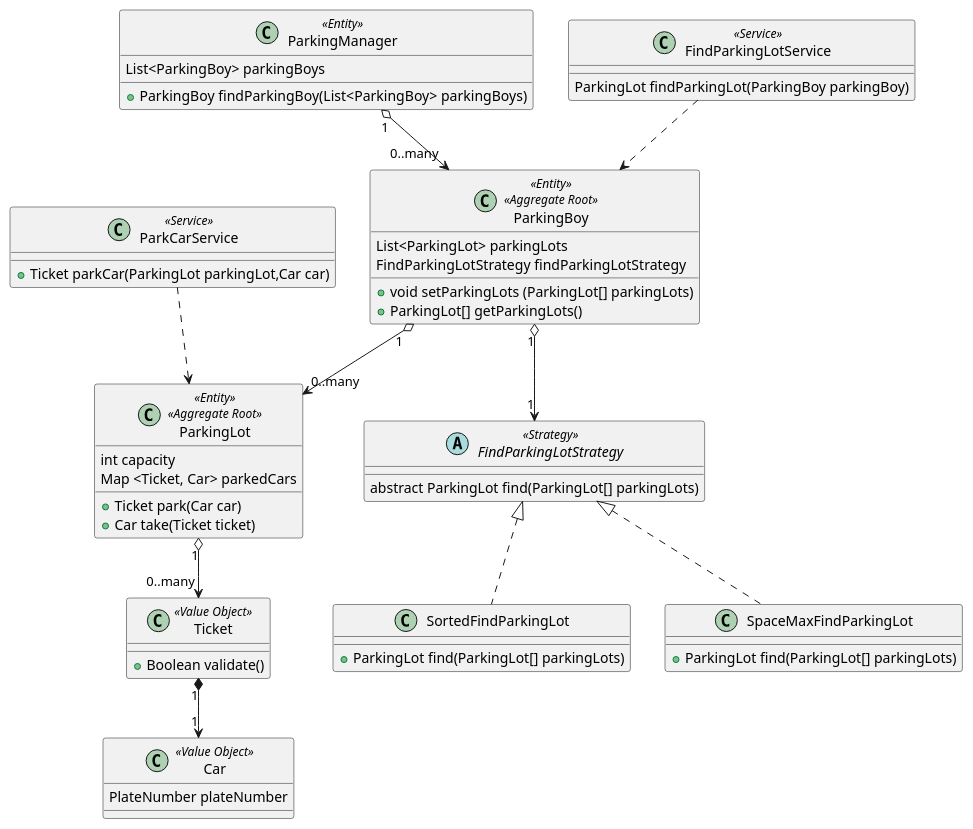
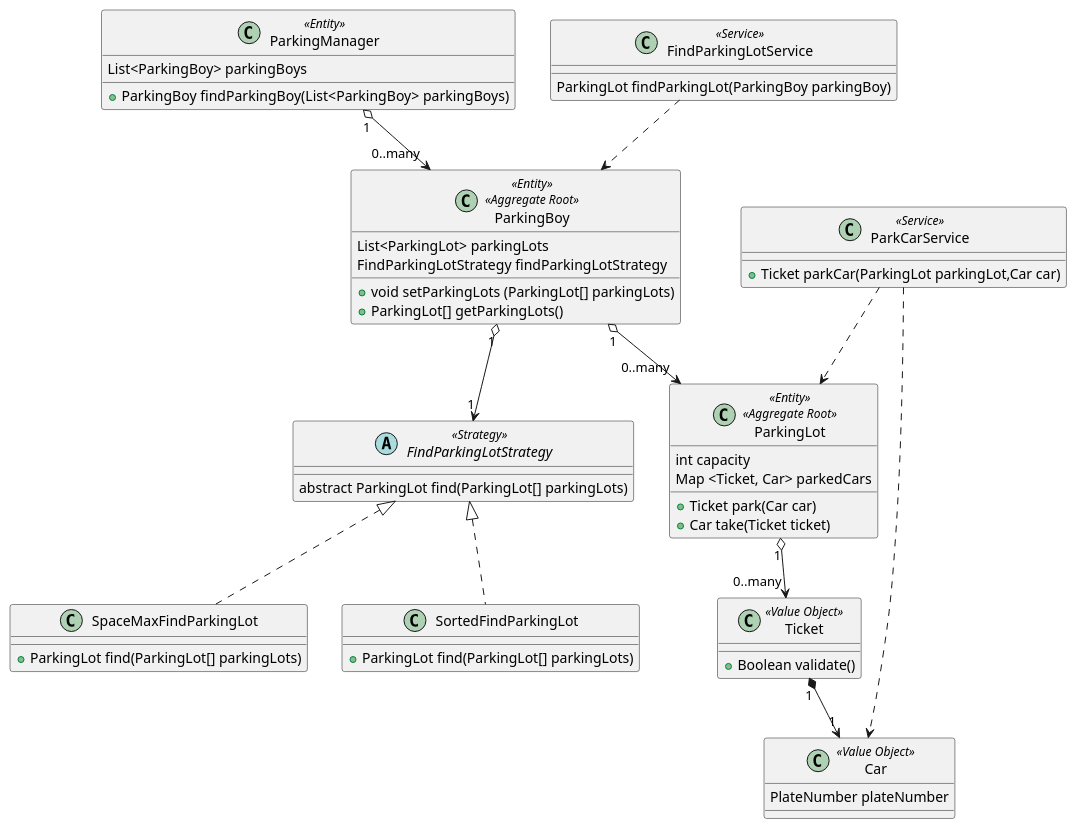
One commit to hanrongMan/ddd changed the diagram in parkingLot.puml. Above: the diagram before and after it, drawn with PlantUML.

Commit message:
update uml

```diff
--- a/parkingLot.puml
+++ b/parkingLot.puml
@@ -1,63 +1,65 @@
 @startuml
 
 
 Class ParkingManager <<Entity>> {
 List<ParkingBoy> parkingBoys
 
 + ParkingBoy findParkingBoy(List<ParkingBoy> parkingBoys)
 }
 
 Class ParkingBoy << Entity >> <<Aggregate Root>> {
   List<ParkingLot> parkingLots
   FindParkingLotStrategy findParkingLotStrategy
 
   + void setParkingLots (ParkingLot[] parkingLots)
   + ParkingLot[] getParkingLots()
 }
 
 class ParkingLot << Entity >> <<Aggregate Root>> {
   int capacity
   Map <Ticket, Car> parkedCars
 
   + Ticket park(Car car)
   + Car take(Ticket ticket)
 }
 
 Class Car << Value Object >> {
     PlateNumber plateNumber
 }
 
 Class Ticket << Value Object >> {
   + Boolean validate()
 }
 
 class FindParkingLotService <<Service>> {
 ParkingLot findParkingLot(ParkingBoy parkingBoy)
 }
 
 class ParkCarService <<Service>> {
 + Ticket parkCar(ParkingLot parkingLot,Car car)
 }
 
 abstract class FindParkingLotStrategy <<Strategy>> {
 abstract ParkingLot find(ParkingLot[] parkingLots)
 }
 
 Class SortedFindParkingLot{
 +ParkingLot find(ParkingLot[] parkingLots)
 }
 
 Class SpaceMaxFindParkingLot{
 +ParkingLot find(ParkingLot[] parkingLots)
 }
 
 FindParkingLotStrategy  <|.. SortedFindParkingLot
 FindParkingLotStrategy  <|.. SpaceMaxFindParkingLot
 ParkingManager "1" o--> "0..many" ParkingBoy
 Ticket "1" *--> "1" Car
 ParkingLot "1" o--> "0..many" Ticket
 ParkingBoy "1" o--> "0..many" ParkingLot
 ParkingBoy "1" o--> "1" FindParkingLotStrategy
 FindParkingLotService ..> ParkingBoy
 ParkCarService ..> ParkingLot
+ParkCarService ..> Car
+
 @enduml
```
